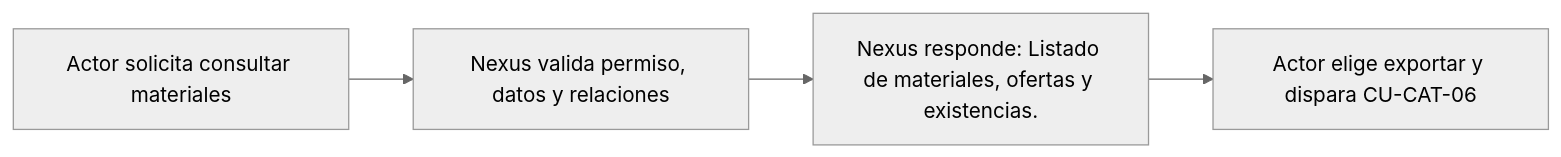
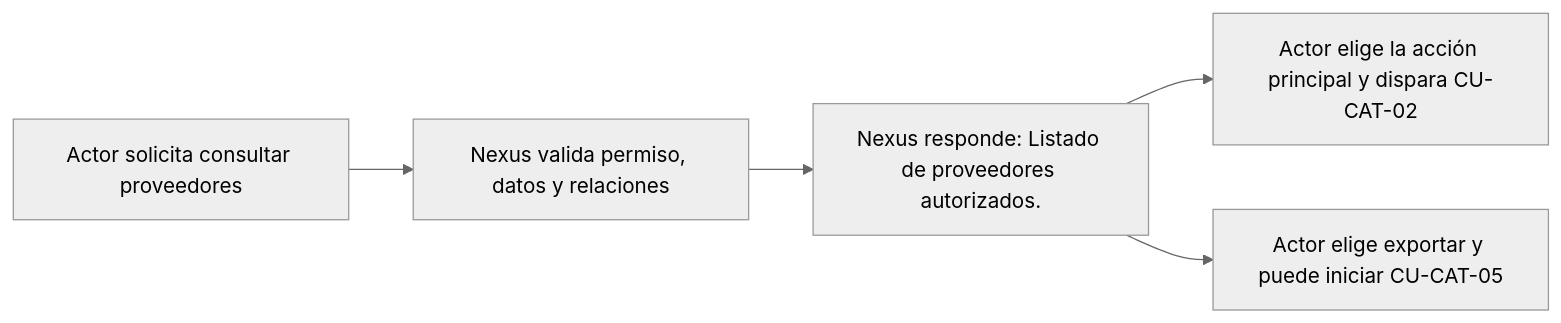
One commit to gpgsistemas01/nexus changed the diagram in docs/requirements/diagrams/catalogs/cu-cat-01.md. Above: the diagram before and after it, drawn with Mermaid (neutral theme). The commit also changed other lines of this file and 287 other files, not shown here.

````diff
--- a/docs/requirements/diagrams/catalogs/cu-cat-01.md
+++ b/docs/requirements/diagrams/catalogs/cu-cat-01.md
@@ -3,6 +3,7 @@
 ```mermaid
 flowchart LR
-    request["Actor solicita consultar materiales"] --> validate["Nexus valida permiso, datos y relaciones"]
-    validate --> result["Nexus responde: Listado de materiales, ofertas y existencias."]
-    result --> report["Actor elige exportar y dispara CU-CAT-06"]
+    request["Actor solicita consultar proveedores"] --> validate["Nexus valida permiso, datos y relaciones"]
+    validate --> result["Nexus responde: Listado de proveedores autorizados."]
+    result --> primary["Actor elige la acción principal y dispara CU-CAT-02"]
+    result --> report["Actor elige exportar y puede iniciar CU-CAT-05"]
 ```
````
